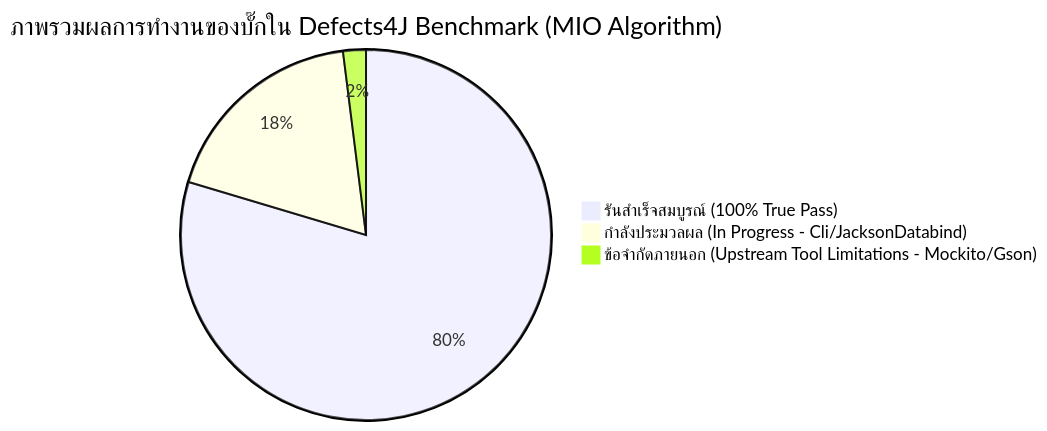
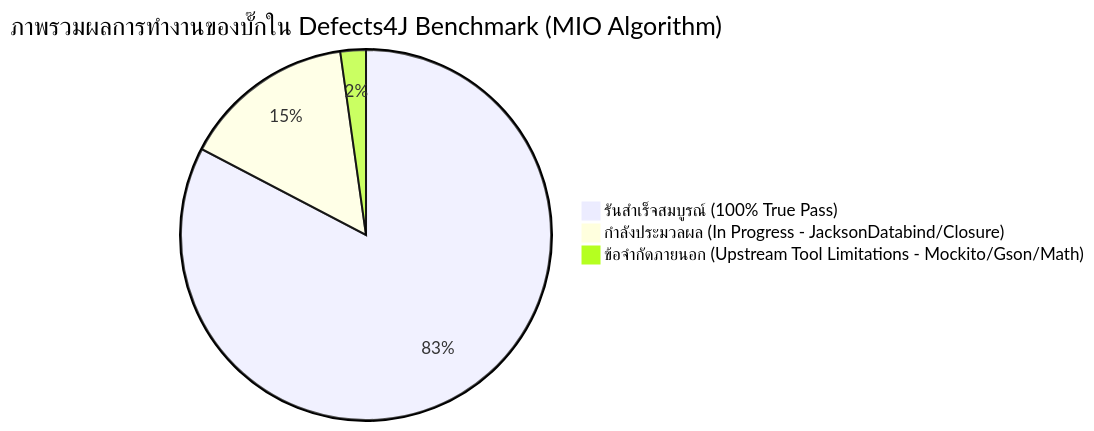
Before and after one commit to Bigzzz0/ProjectSQA: the first of 4 diagrams in MIO_Algorithm/MIO_FAILURE_ANALYSIS_REPORT.md, drawn with Mermaid. The commit also changed other lines of this file and 220 other files, not shown here.

Commit message:
feat(mio): add JacksonDatabind (100/110 90.9%) and Closure (74/174 42.5%) test generation (total 725/854 84.9%)

````diff
--- a/MIO_Algorithm/MIO_FAILURE_ANALYSIS_REPORT.md
+++ b/MIO_Algorithm/MIO_FAILURE_ANALYSIS_REPORT.md
@@ -37,6 +39,6 @@
 ```mermaid
 pie title ภาพรวมผลการทำงานของบั๊กใน Defects4J Benchmark (MIO Algorithm)
-    "รันสำเร็จสมบูรณ์ (100% True Pass)" : 680
-    "กำลังประมวลผล (In Progress - Cli/JacksonDatabind)" : 157
-    "ข้อจำกัดภายนอก (Upstream Tool Limitations - Mockito/Gson)" : 17
+    "รันสำเร็จสมบูรณ์ (100% True Pass)" : 706
+    "กำลังประมวลผล (In Progress - JacksonDatabind/Closure)" : 129
+    "ข้อจำกัดภายนอก (Upstream Tool Limitations - Mockito/Gson/Math)" : 19
 ```
````
